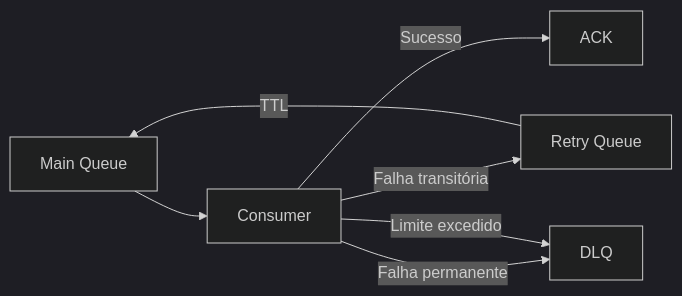
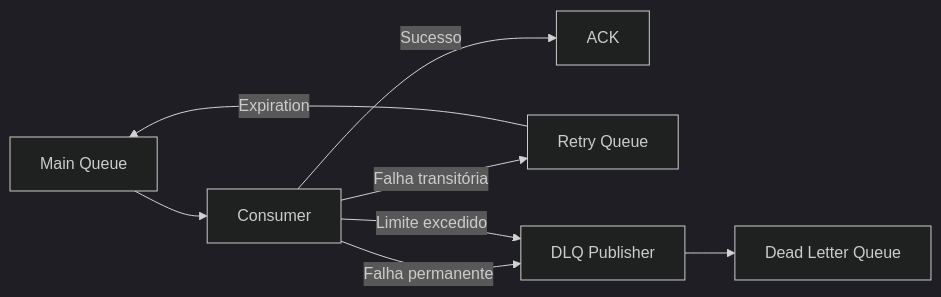
Before and after one commit to MarcosMj2rs/OrderFlow: the diagram in docs/adr/ADR-013-Dead-Letter-Queue.md, drawn with Mermaid (dark theme). The commit also changed other lines of this file, not shown here.

Commit message:
docs(dlq): update dead letter queue strategy

````diff
--- a/docs/adr/ADR-013-Dead-Letter-Queue.md
+++ b/docs/adr/ADR-013-Dead-Letter-Queue.md
@@ -220,16 +229,18 @@
 ```mermaid
 flowchart LR
 
 A[Main Queue]
 --> B[Consumer]
 
 B -->|Sucesso| C[ACK]
 
 B -->|Falha transitória| D[Retry Queue]
 
-D -->|TTL| A
+D -->|Expiration| A
 
-B -->|Falha permanente| E[DLQ]
+B -->|Falha permanente| E[DLQ Publisher]
 
 B -->|Limite excedido| E
+
+E --> F[Dead Letter Queue]
 ```
````
